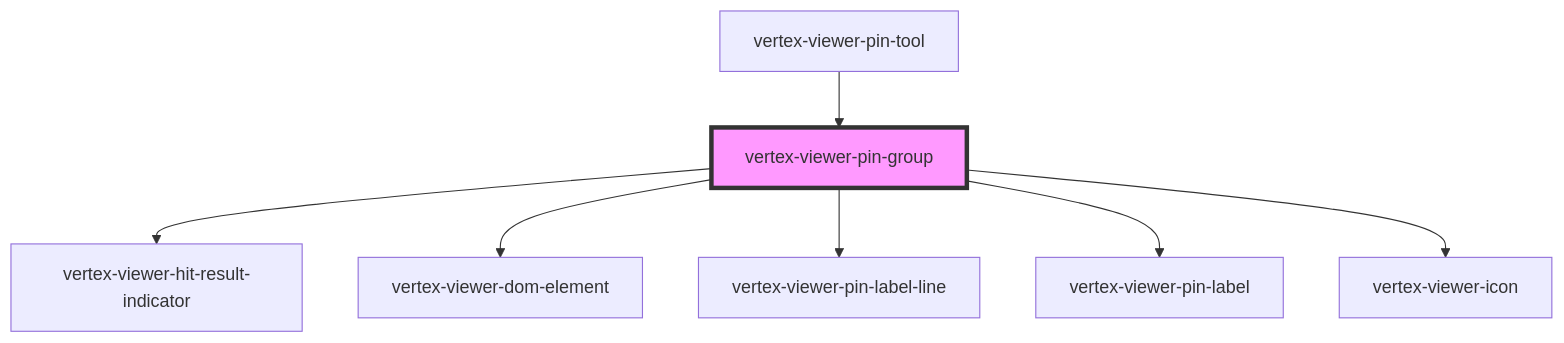
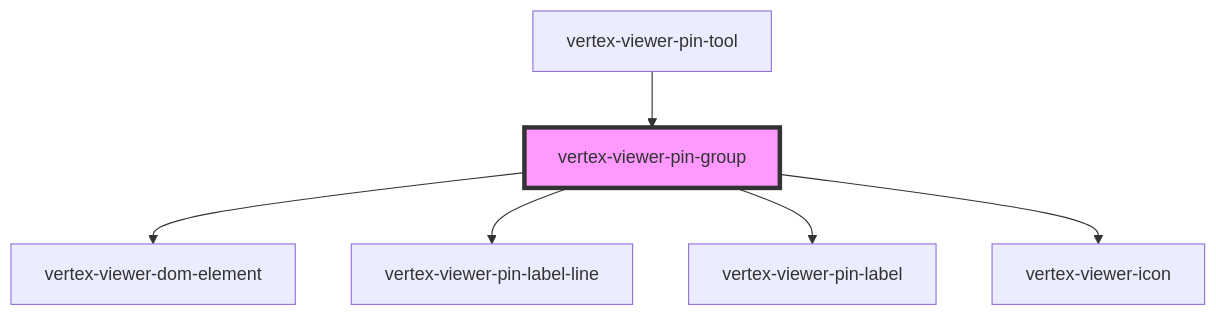
The diagram in packages/viewer/src/components/viewer-pin-group/readme.md (Vertexvis/vertex-web-sdk), drawn with Mermaid before and after one commit. The commit also changed other lines of this file and 10 other files, not shown here.

````diff
--- a/packages/viewer/src/components/viewer-pin-group/readme.md
+++ b/packages/viewer/src/components/viewer-pin-group/readme.md
@@ -51,10 +50,9 @@
 ```mermaid
 graph TD;
-  vertex-viewer-pin-group --> vertex-viewer-hit-result-indicator
   vertex-viewer-pin-group --> vertex-viewer-dom-element
   vertex-viewer-pin-group --> vertex-viewer-pin-label-line
   vertex-viewer-pin-group --> vertex-viewer-pin-label
   vertex-viewer-pin-group --> vertex-viewer-icon
   vertex-viewer-pin-tool --> vertex-viewer-pin-group
   style vertex-viewer-pin-group fill:#f9f,stroke:#333,stroke-width:4px
 ```
````
